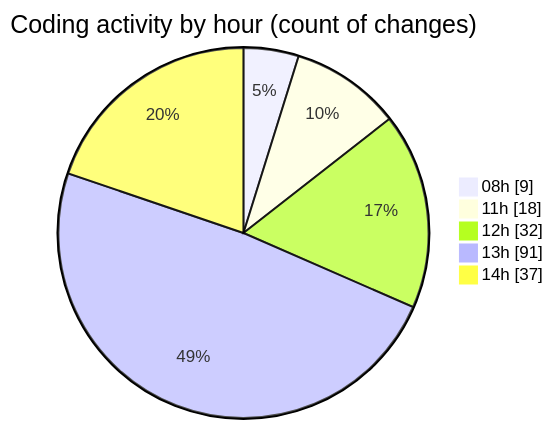
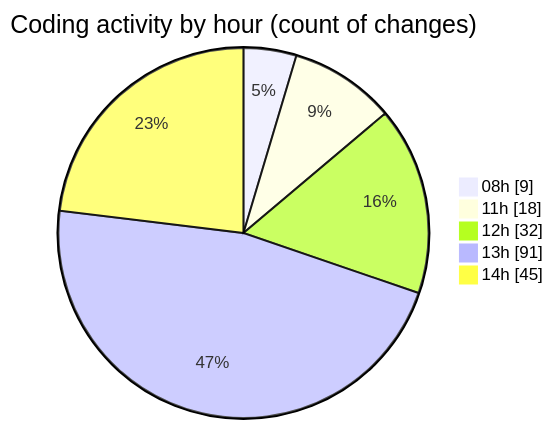
Before and after one commit to momahboobian/code-tracking: the second of 2 diagrams in 2026-04-17/cda/README.md, drawn with Mermaid. The commit also changed other lines of this file and 1 other file, not shown here.

````diff
--- a/2026-04-17/cda/README.md
+++ b/2026-04-17/cda/README.md
@@ -67,9 +68,9 @@
 ```mermaid
 pie showData
 title Coding activity by hour (count of changes)
 "08h" : 9
 "11h" : 18
 "12h" : 32
 "13h" : 91
-"14h" : 37
+"14h" : 45
 ```
````
